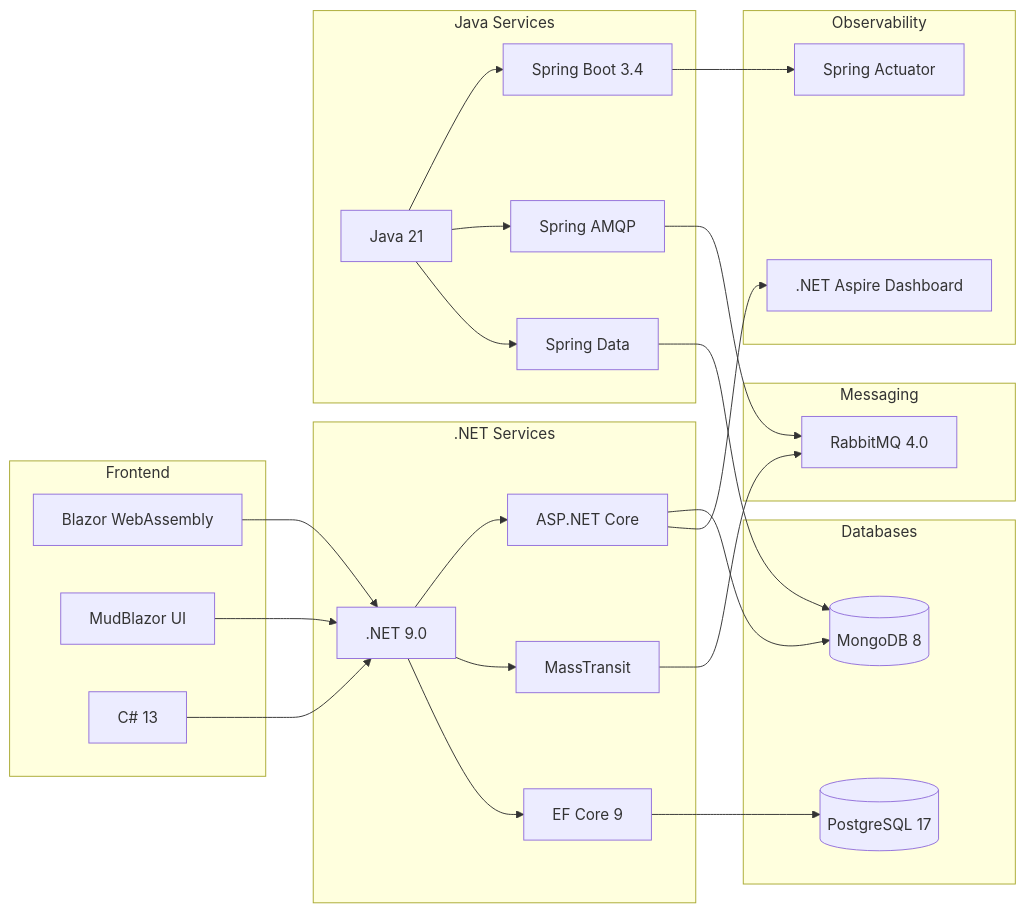
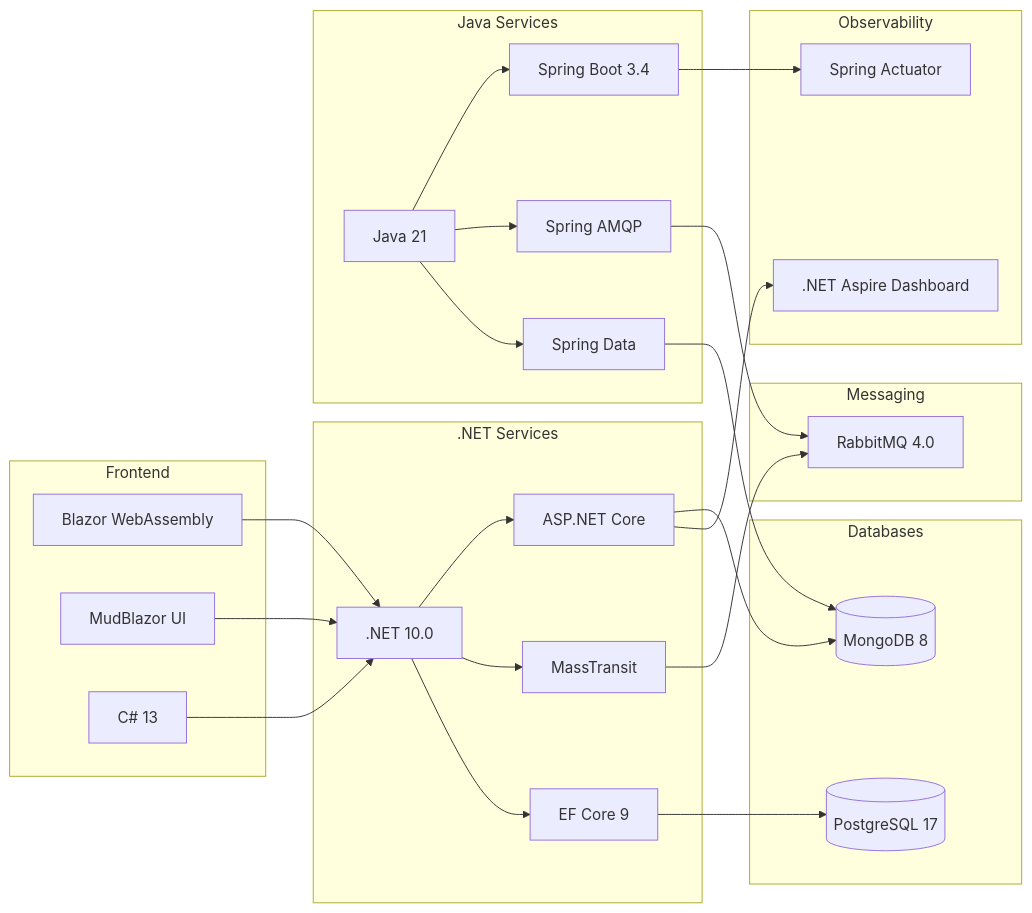
One commit to joriente/microservices changed the second of 19 diagrams in docs/Architecture/Architecture-Diagrams.md. Above: the diagram before and after it, drawn with Mermaid. The commit also changed 96 other files, not shown here.

````diff
--- a/docs/Architecture/Architecture-Diagrams.md
+++ b/docs/Architecture/Architecture-Diagrams.md
@@ -106,45 +106,45 @@
 ```mermaid
 flowchart LR
     subgraph "Frontend"
         FE1[Blazor WebAssembly]
         FE2[MudBlazor UI]
         FE3["C&num; 13"]
     end
     
     subgraph ".NET Services"
-        BE1[.NET 9.0]
+        BE1[.NET 10.0]
         BE2[ASP.NET Core]
         BE3[MassTransit]
         BE4[EF Core 9]
     end
     
     subgraph "Java Services"
         JA1[Java 21]
         JA2[Spring Boot 3.4]
         JA3[Spring AMQP]
         JA4[Spring Data]
     end
     
     subgraph "Databases"
         DB1[(MongoDB 8)]
         DB2[(PostgreSQL 17)]
     end
     
     subgraph "Messaging"
         MSG[RabbitMQ 4.0]
     end
     
     subgraph "Observability"
         OBS2[.NET Aspire Dashboard]
         OBS3[Spring Actuator]
     end
     
     FE1 & FE2 & FE3 --> BE1
     BE1 --> BE2 & BE3 & BE4
     JA1 --> JA2 & JA3 & JA4
     BE3 & JA3 --> MSG
     BE4 --> DB2
     BE2 & JA4 --> DB1
     BE2 --> OBS2
     JA2 --> OBS3
 ```
````
